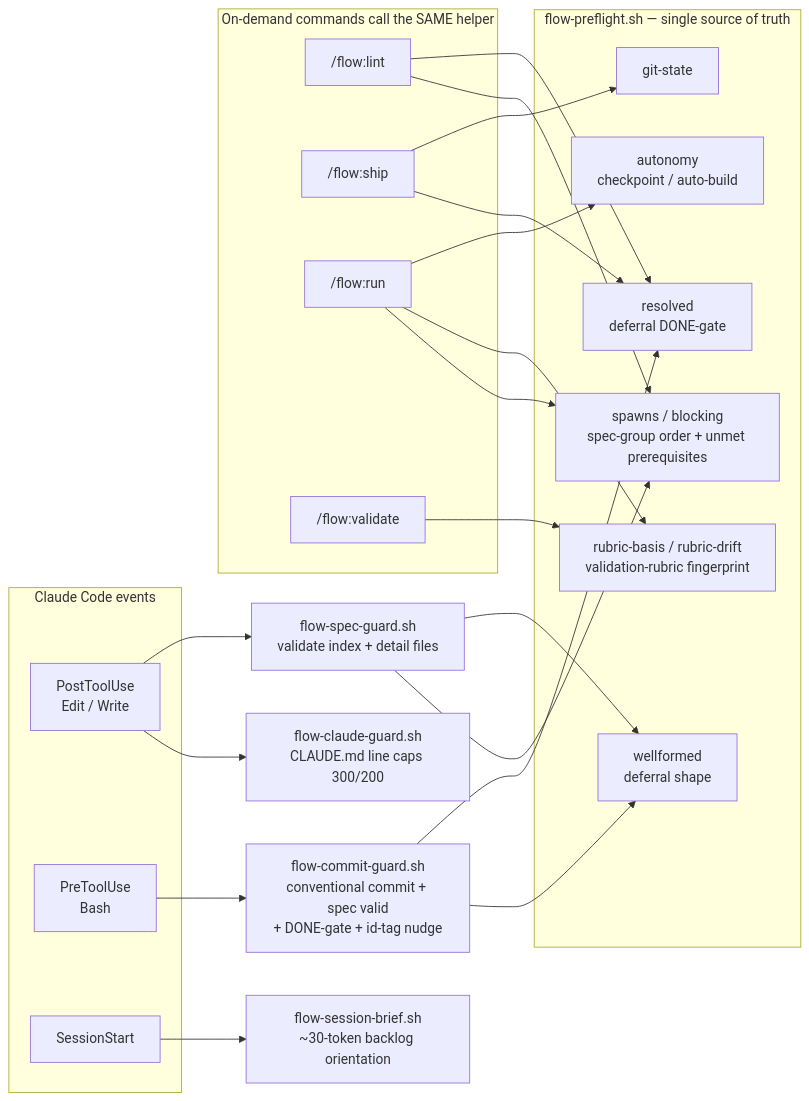
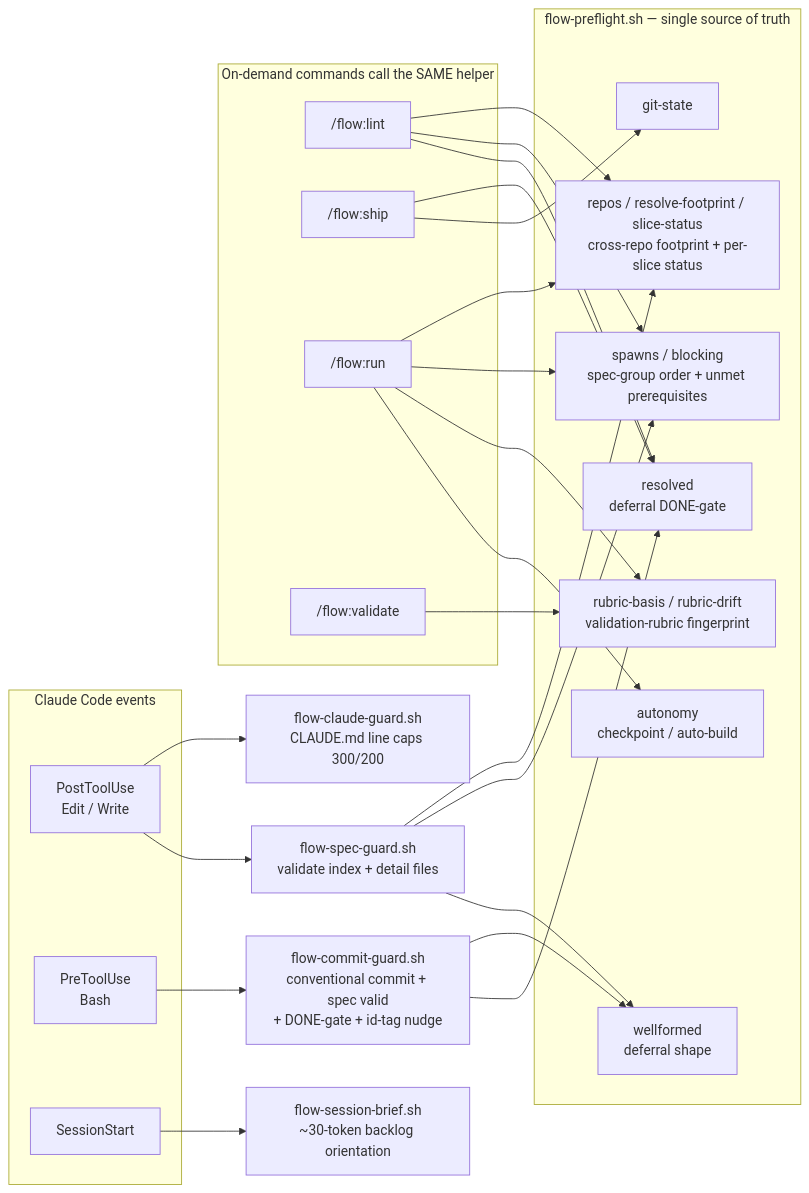
Before and after one commit to liminalarc/flow-toolkit: the third of 5 diagrams in docs/how-it-works.md, drawn with Mermaid. The commit also changed other lines of this file and 2 other files, not shown here.

First line of the commit message:
[1.26] docs: cross-repo banner across README, guide and diagrams (T3)

````diff
--- a/docs/how-it-works.md
+++ b/docs/how-it-works.md
@@ -127,43 +135,47 @@
 ```mermaid
 flowchart LR
     subgraph Events["Claude Code events"]
         E1["PostToolUse<br/>Edit / Write"]
         E2["PreToolUse<br/>Bash"]
         E3["SessionStart"]
     end
 
     E1 --> SG[flow-spec-guard.sh<br/>validate index + detail files]
     E1 --> CG[flow-claude-guard.sh<br/>CLAUDE.md line caps 300/200]
     E2 --> CMG[flow-commit-guard.sh<br/>conventional commit + spec valid<br/>+ DONE-gate + id-tag nudge]
     E3 --> SB[flow-session-brief.sh<br/>~30-token backlog orientation]
 
     subgraph Preflight["flow-preflight.sh — single source of truth"]
         R1[git-state]
         R2[resolved<br/>deferral DONE-gate]
         R3[wellformed<br/>deferral shape]
         R4[autonomy<br/>checkpoint / auto-build]
         R5[rubric-basis / rubric-drift<br/>validation-rubric fingerprint]
         R6["spawns / blocking<br/>spec-group order + unmet prerequisites"]
+        R7["repos / resolve-footprint / slice-status<br/>cross-repo footprint + per-slice status"]
     end
 
     SG --> R3
     SG --> R6
+    SG --> R7
     CMG --> R2
     CMG --> R3
 
     subgraph Cmds["On-demand commands call the SAME helper"]
         C1["/flow:lint"]
         C2["/flow:ship"]
         C3["/flow:run"]
         C4["/flow:validate"]
     end
 
     C1 --> R2
     C1 --> R6
     C2 --> R1
     C2 --> R2
     C3 --> R4
     C3 --> R5
     C3 --> R6
+    C3 --> R7
+    C1 --> R7
     C4 --> R5
 ```
````
